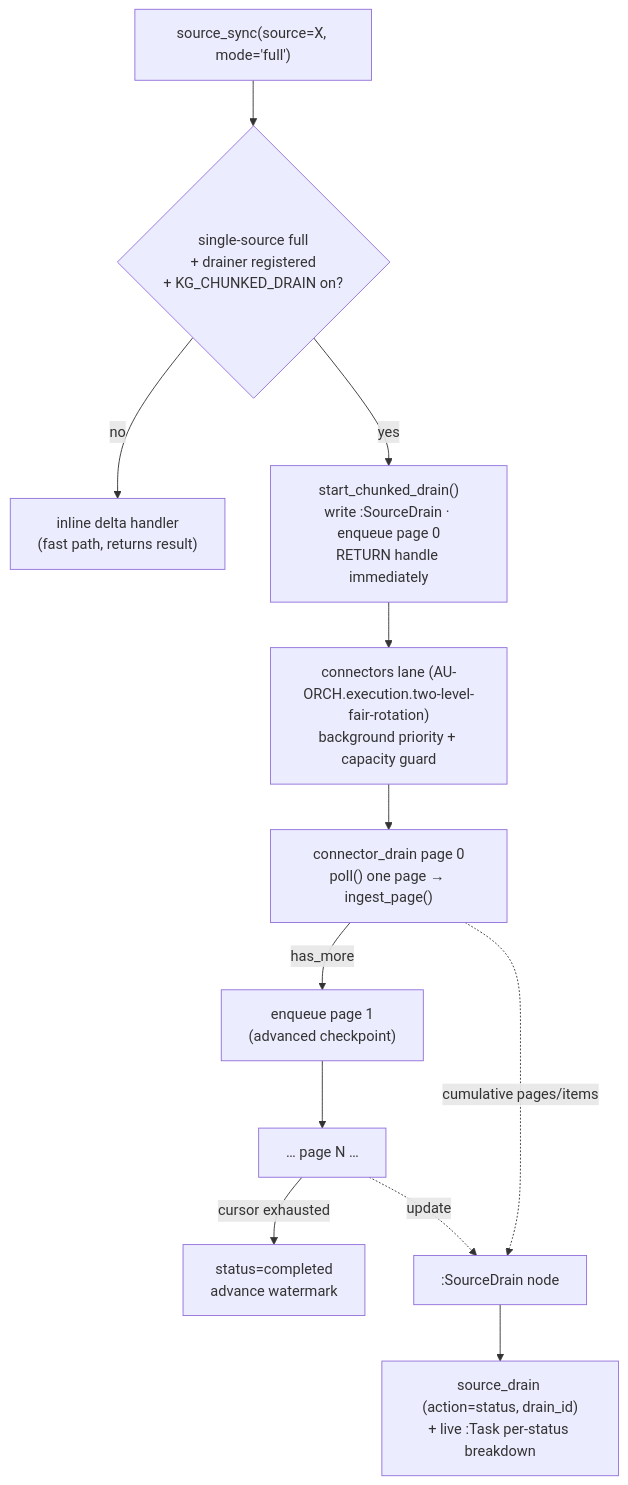
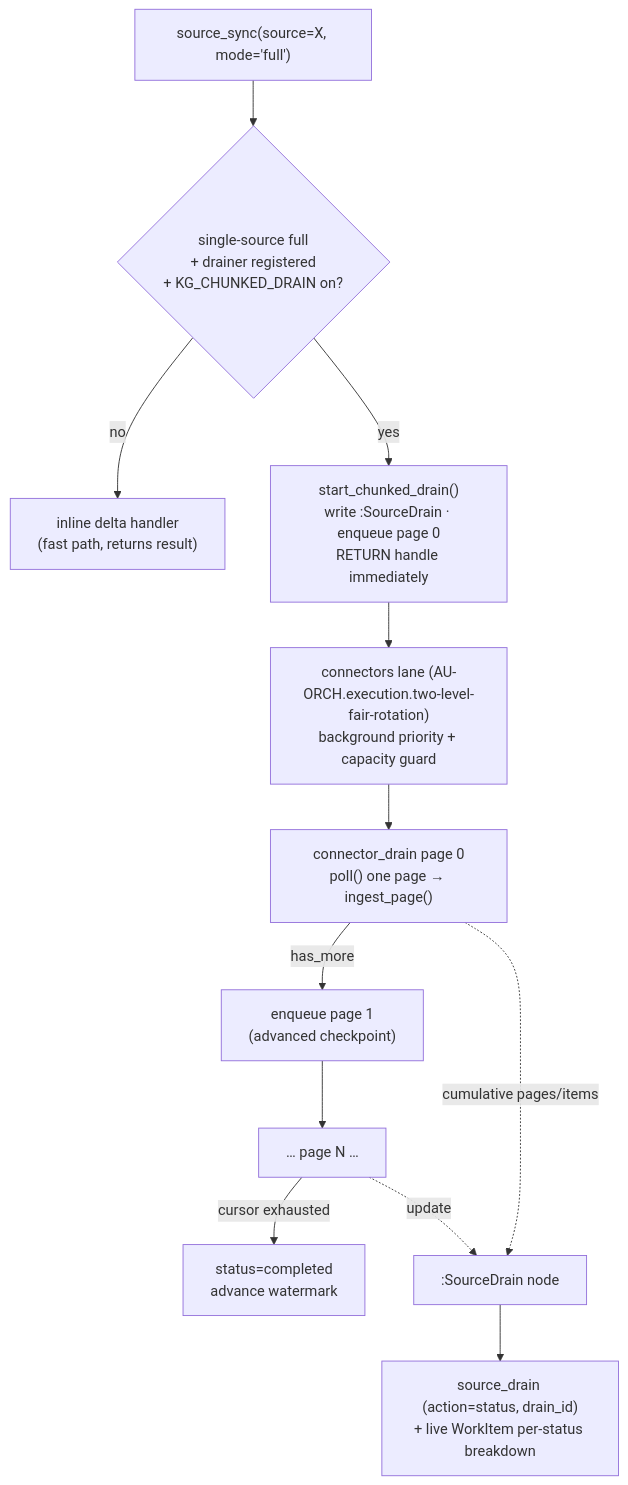
Before and after one commit to Knuckles-Team/agent-utilities: the diagram in docs/architecture/chunked-async-drain.md, drawn with Mermaid. The commit also changed other lines of this file and 3818 other files, not shown here.

````diff
--- a/docs/architecture/chunked-async-drain.md
+++ b/docs/architecture/chunked-async-drain.md
@@ -102,14 +103,14 @@
 ```mermaid
 flowchart TD
     A["source_sync(source=X, mode='full')"] --> B{"single-source full<br/>+ drainer registered<br/>+ KG_CHUNKED_DRAIN on?"}
     B -- no --> INL["inline delta handler<br/>(fast path, returns result)"]
     B -- yes --> C["start_chunked_drain()<br/>write :SourceDrain · enqueue page 0<br/>RETURN handle immediately"]
     C --> Q["connectors lane (AU-ORCH.execution.two-level-fair-rotation)<br/>background priority + capacity guard"]
     Q --> P0["connector_drain page 0<br/>poll() one page → ingest_page()"]
     P0 -->|has_more| P1["enqueue page 1<br/>(advanced checkpoint)"]
     P1 --> Pn["… page N …"]
     Pn -->|cursor exhausted| DONE["status=completed<br/>advance watermark"]
     P0 -. "cumulative pages/items" .-> SD[":SourceDrain node"]
     Pn -. update .-> SD
-    SD --> ST["source_drain (action=status, drain_id)<br/>+ live :Task per-status breakdown"]
+    SD --> ST["source_drain (action=status, drain_id)<br/>+ live WorkItem per-status breakdown"]
 ```
````
